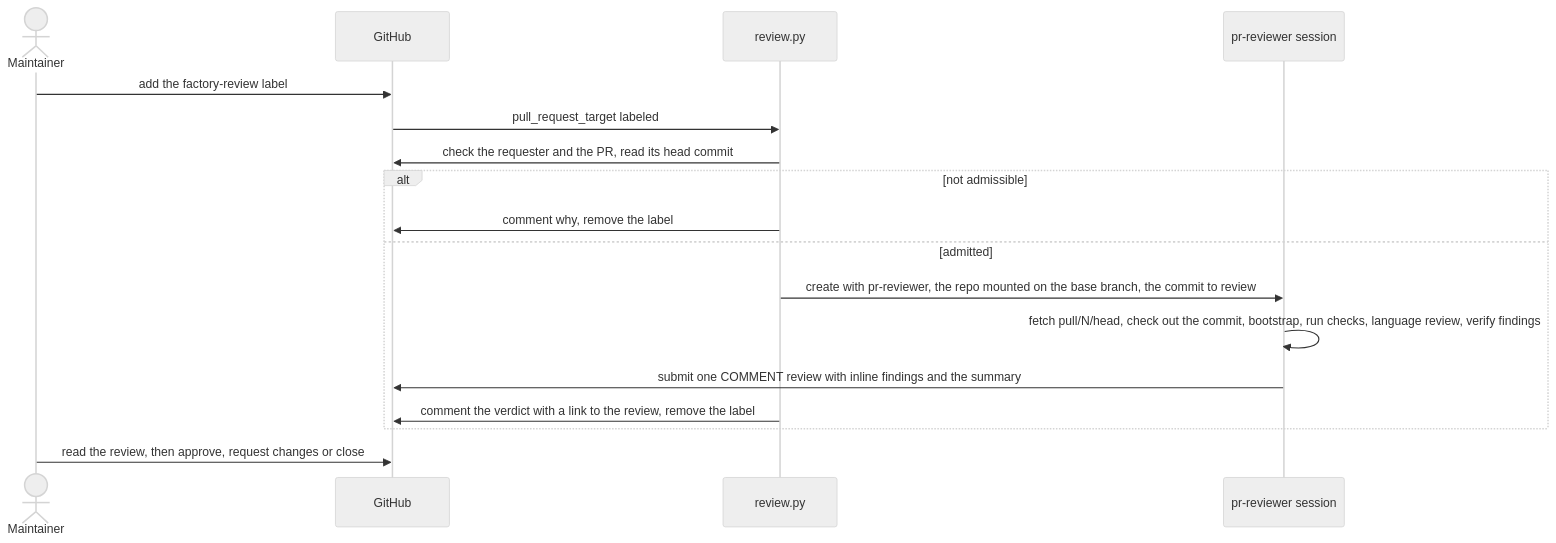
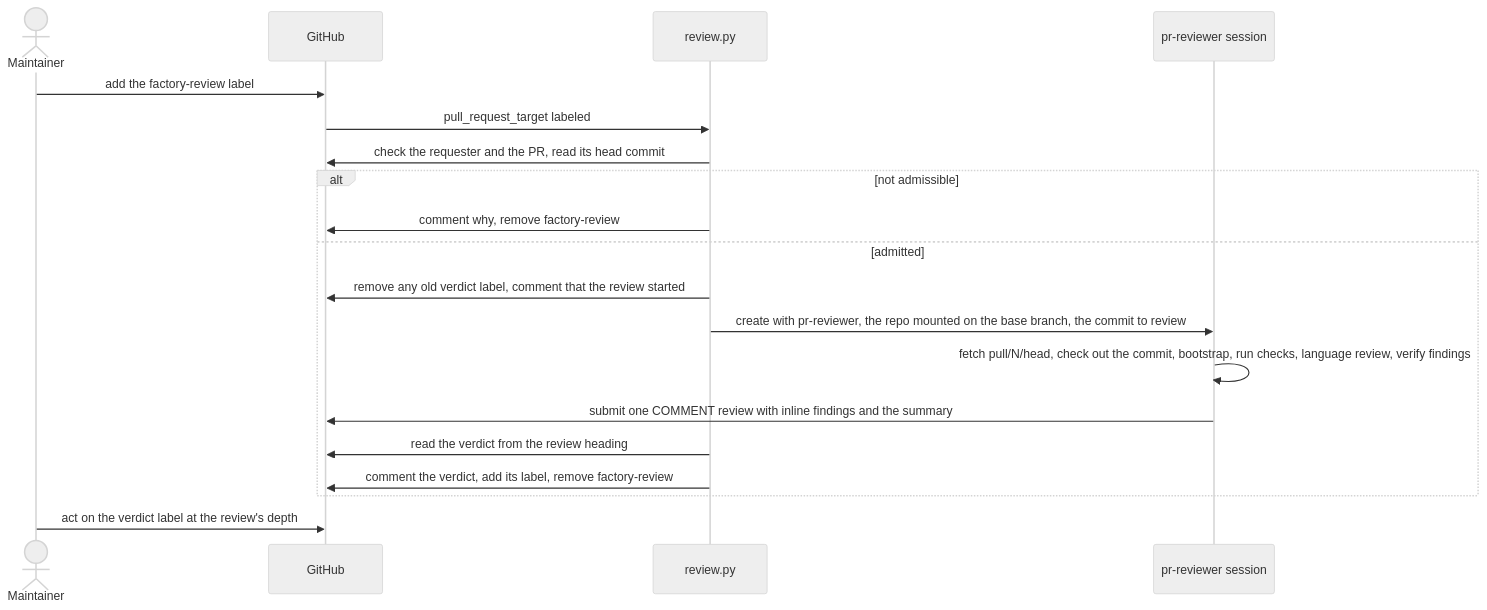
The fifth of 5 diagrams in factory/README.md (Arize-ai/openinference), drawn with Mermaid (neutral theme) before and after one commit. The commit also changed other lines of this file and 1 other file, not shown here.

Commit message:
feat(factory): label PRs with the factory review's verdict (#4204)

````diff
--- a/factory/README.md
+++ b/factory/README.md
@@ -242,20 +276,22 @@
 ```mermaid
 sequenceDiagram
   actor maintainer as Maintainer
   participant github as GitHub
   participant review as review.py
   participant session as pr-reviewer session
 
   maintainer->>github: add the factory-review label
   github->>review: pull_request_target labeled
   review->>github: check the requester and the PR, read its head commit
   alt not admissible
-    review->>github: comment why, remove the label
+    review->>github: comment why, remove factory-review
   else admitted
+    review->>github: remove any old verdict label, comment that the review started
     review->>session: create with pr-reviewer, the repo mounted on the base branch, the commit to review
     session->>session: fetch pull/N/head, check out the commit, bootstrap, run checks, language review, verify findings
     session->>github: submit one COMMENT review with inline findings and the summary
-    review->>github: comment the verdict with a link to the review, remove the label
+    review->>github: read the verdict from the review heading
+    review->>github: comment the verdict, add its label, remove factory-review
   end
-  maintainer->>github: read the review, then approve, request changes or close
+  maintainer->>github: act on the verdict label at the review's depth
 ```
````
